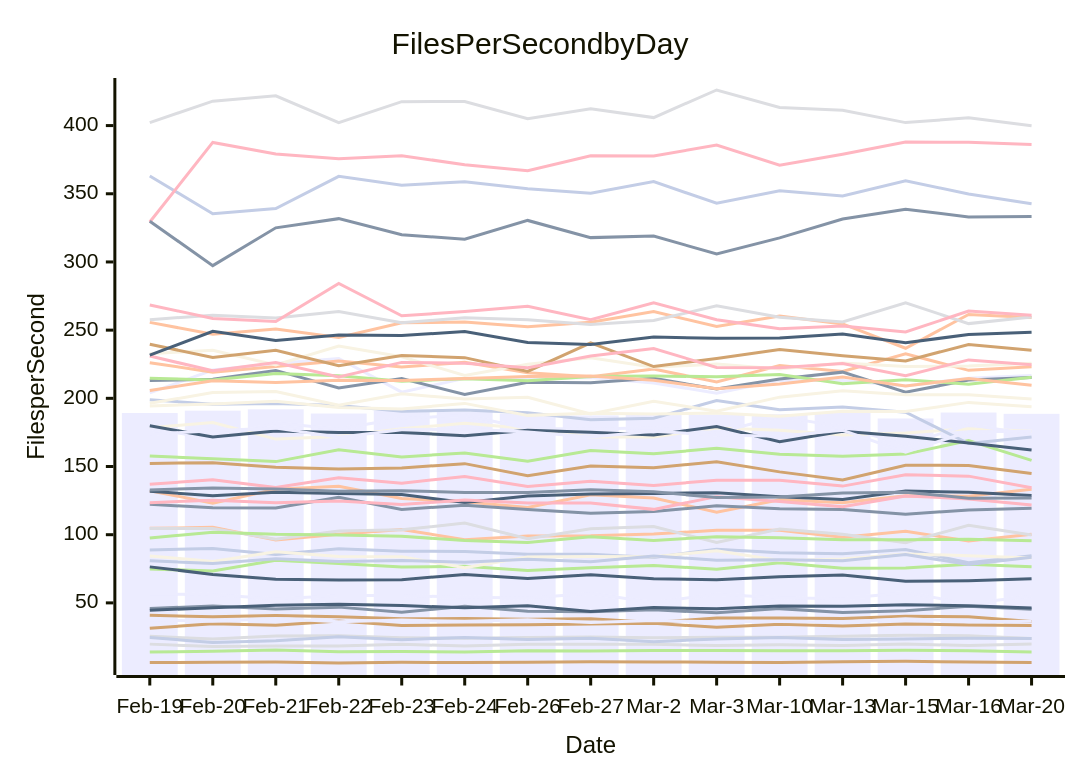
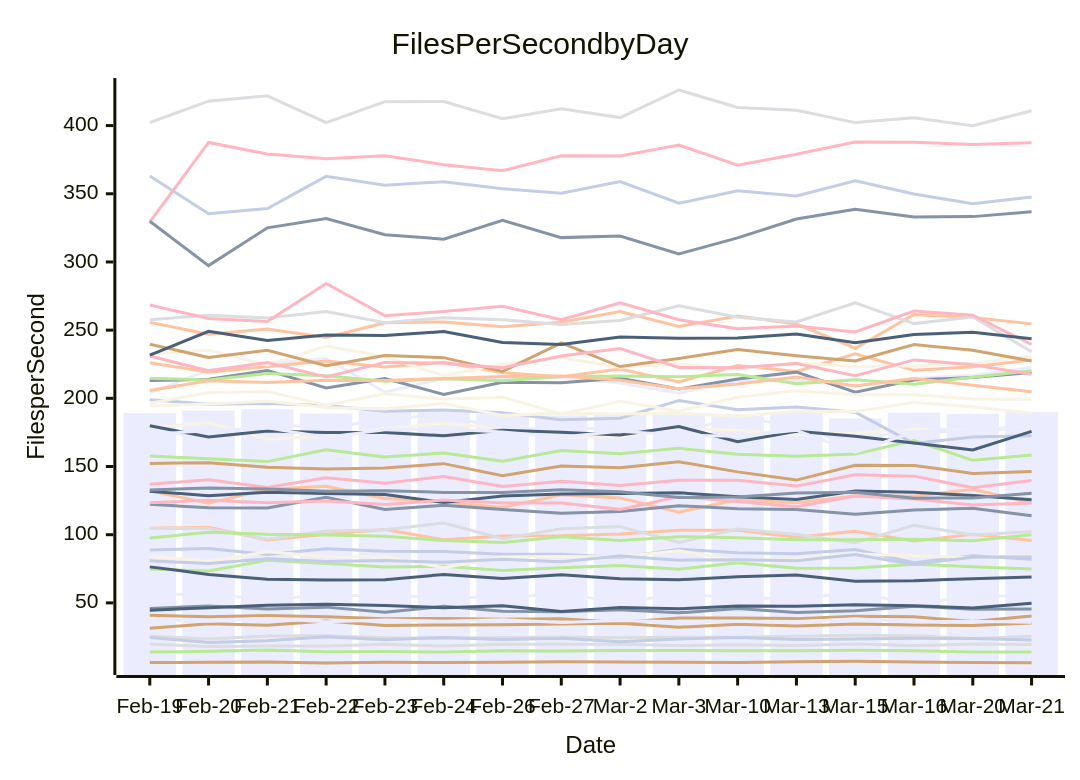
The diagram in perf-report.md (streetsidesoftware/cspell), drawn with Mermaid before and after one commit. The commit also changed other lines of this file and 2 other files, not shown here.

````diff
--- a/perf-report.md
+++ b/perf-report.md
@@ -11,57 +11,57 @@
 ```mermaid
 xychart-beta
     title Files Per Second by Day
     y-axis Files per Second
-    x-axis Date [Feb-19, Feb-20, Feb-21, Feb-22, Feb-23, Feb-24, Feb-26, Feb-27, Mar-2, Mar-3, Mar-10, Mar-13, Mar-15, Mar-16, Mar-20]
-    bar [189.21, 190.95, 191.93, 188.84, 190.95, 190.14, 188.86, 187.47, 189.15, 187.99, 188.38, 189.98, 185.21, 189.57, 188.63]
-    line [45.95, 47.66, 45.50, 46.89, 43.13, 47.48, 43.86, 43.58, 44.95, 42.68, 45.79, 43.00, 44.30, 47.55, 45.42]
-    line [132.26, 123.16, 133.27, 135.57, 126.55, 124.20, 119.96, 129.35, 126.96, 116.50, 125.61, 123.50, 128.64, 128.22, 133.34]
-    line [19.76, 18.01, 18.46, 18.38, 19.68, 18.34, 19.60, 19.60, 19.63, 18.78, 19.22, 18.67, 19.78, 18.71, 19.79]
-    line [74.92, 73.32, 81.29, 78.95, 76.37, 76.80, 73.75, 75.77, 77.40, 74.68, 79.36, 75.39, 75.58, 78.40, 76.58]
-    line [6.24, 6.45, 6.67, 5.92, 6.38, 6.30, 6.44, 6.78, 6.62, 6.55, 6.32, 6.79, 7.12, 6.59, 6.35]
-    line [88.86, 89.95, 85.47, 89.64, 87.93, 87.72, 85.68, 85.69, 83.26, 89.40, 86.73, 86.09, 89.20, 79.46, 84.64]
-    line [136.95, 140.26, 134.61, 141.79, 137.76, 142.75, 135.42, 139.26, 136.06, 139.99, 140.01, 135.63, 143.93, 142.95, 134.36]
-    line [131.86, 128.62, 131.04, 130.26, 129.44, 123.58, 128.31, 129.87, 130.27, 130.71, 127.81, 125.76, 132.01, 131.14, 128.67]
-    line [84.44, 80.37, 87.47, 84.08, 83.91, 75.76, 83.59, 84.08, 83.89, 88.30, 81.02, 82.11, 85.90, 84.63, 82.99]
-    line [203.99, 220.72, 225.56, 229.20, 204.56, 214.62, 214.22, 215.21, 211.23, 203.79, 213.30, 213.00, 209.05, 214.75, 216.78]
-    line [122.32, 119.71, 119.61, 127.43, 118.55, 121.57, 118.53, 115.70, 116.93, 121.24, 118.95, 118.40, 114.99, 118.14, 119.47]
-    line [226.10, 219.20, 223.30, 227.37, 223.02, 226.36, 218.81, 215.75, 221.50, 212.02, 224.11, 219.75, 232.68, 220.52, 223.12]
-    line [25.52, 23.53, 25.65, 25.87, 24.49, 24.03, 24.62, 25.06, 24.45, 24.76, 24.74, 25.60, 26.18, 25.98, 23.83]
-    line [157.72, 155.61, 153.59, 162.30, 157.06, 159.96, 153.79, 161.66, 159.28, 163.36, 159.01, 157.48, 159.10, 169.05, 154.54]
-    line [40.89, 39.79, 40.82, 39.75, 38.29, 38.55, 38.02, 38.35, 35.65, 38.90, 38.99, 38.46, 40.13, 39.77, 36.42]
-    line [363.00, 335.36, 339.22, 362.80, 356.26, 358.85, 353.61, 350.32, 358.90, 343.06, 352.21, 348.39, 359.59, 349.81, 342.75]
-    line [329.33, 387.65, 379.15, 375.70, 377.89, 371.33, 366.95, 377.92, 377.66, 385.69, 370.91, 378.91, 387.90, 387.80, 386.06]
-    line [76.41, 70.89, 67.31, 66.82, 66.94, 70.88, 67.89, 70.56, 67.78, 66.98, 69.18, 70.51, 65.83, 66.30, 67.73]
-    line [232.74, 235.31, 224.47, 238.32, 230.44, 216.76, 225.02, 229.69, 222.82, 225.14, 221.56, 225.82, 223.33, 223.62, 225.78]
-    line [56.33, 56.16, 52.87, 55.45, 55.44, 54.09, 53.55, 56.91, 50.34, 56.33, 53.77, 52.96, 57.64, 49.40, 55.01]
-    line [329.84, 297.30, 325.03, 331.76, 320.00, 316.72, 330.45, 317.84, 319.02, 305.87, 317.67, 331.44, 338.69, 332.97, 333.24]
-    line [255.70, 246.95, 250.90, 244.70, 255.35, 256.03, 252.54, 255.82, 263.63, 252.65, 260.43, 254.55, 236.73, 261.47, 259.22]
-    line [257.67, 260.94, 258.83, 263.71, 255.40, 259.16, 257.65, 254.22, 257.02, 267.92, 259.39, 256.02, 269.97, 254.79, 259.65]
-    line [14.06, 14.46, 15.41, 14.08, 14.28, 13.96, 14.98, 14.69, 15.09, 15.05, 14.93, 14.92, 15.23, 14.84, 14.06]
-    line [31.35, 34.71, 33.66, 36.75, 33.50, 33.75, 33.98, 34.43, 34.99, 32.10, 34.36, 33.03, 34.53, 33.80, 33.49]
-    line [80.83, 78.91, 82.42, 80.37, 81.15, 79.72, 81.93, 80.10, 84.29, 81.35, 81.66, 80.93, 85.41, 78.19, 83.51]
-    line [123.51, 125.30, 123.36, 124.67, 122.06, 125.40, 123.31, 123.27, 118.58, 127.90, 124.38, 120.45, 128.40, 126.26, 121.85]
-    line [44.67, 46.36, 48.18, 49.05, 48.06, 46.41, 47.91, 43.77, 46.60, 45.68, 47.70, 47.47, 48.64, 47.90, 46.22]
-    line [178.51, 182.28, 170.09, 171.99, 177.77, 181.65, 177.93, 171.71, 171.61, 178.31, 176.56, 173.19, 174.63, 177.66, 175.92]
-    line [178.13, 170.26, 181.98, 177.56, 185.31, 187.50, 177.93, 177.54, 178.41, 174.58, 186.65, 179.06, 166.05, 180.55, 173.75]
-    line [213.09, 213.97, 220.46, 207.58, 214.51, 202.85, 211.79, 211.44, 214.66, 206.78, 214.22, 219.20, 204.44, 213.42, 215.32]
-    line [104.64, 105.41, 96.15, 100.38, 103.85, 96.33, 99.09, 99.19, 100.48, 103.18, 103.33, 98.05, 102.55, 95.32, 100.34]
-    line [104.57, 104.52, 96.66, 102.79, 103.56, 108.60, 97.11, 104.32, 106.04, 94.30, 104.19, 100.36, 94.07, 106.95, 99.82]
-    line [214.67, 213.49, 218.19, 216.61, 212.54, 214.33, 212.86, 215.99, 216.40, 215.81, 217.40, 210.64, 213.63, 210.38, 215.44]
-    line [239.70, 229.90, 235.21, 223.87, 231.37, 229.84, 219.75, 240.64, 223.28, 229.19, 235.85, 231.18, 227.46, 239.47, 235.22]
-    line [198.97, 195.69, 196.29, 194.82, 190.50, 191.36, 189.34, 184.31, 185.47, 198.42, 191.68, 193.62, 189.84, 166.89, 171.60]
-    line [231.02, 220.24, 226.17, 215.58, 226.36, 225.70, 222.46, 230.96, 236.51, 222.64, 222.38, 225.56, 216.60, 228.18, 224.68]
-    line [179.91, 171.61, 176.10, 175.03, 175.02, 172.48, 176.50, 175.06, 173.05, 179.29, 168.17, 175.84, 172.23, 167.20, 162.09]
-    line [194.32, 195.93, 197.80, 193.32, 192.22, 196.28, 187.50, 189.10, 188.54, 189.19, 186.81, 190.52, 190.26, 197.02, 193.75]
-    line [37.40, 36.62, 38.51, 36.10, 37.37, 36.52, 37.66, 35.60, 37.02, 36.08, 36.38, 35.91, 38.37, 36.25, 36.61]
-    line [132.77, 134.30, 133.46, 131.83, 132.27, 131.01, 131.00, 133.00, 131.45, 127.22, 127.60, 130.54, 131.20, 126.76, 126.98]
-    line [205.73, 212.95, 211.55, 213.31, 213.15, 214.61, 215.98, 216.39, 213.20, 207.00, 210.46, 215.67, 209.05, 214.60, 209.59]
-    line [402.21, 417.90, 421.85, 402.15, 417.55, 417.69, 405.05, 412.32, 405.86, 426.09, 413.29, 411.20, 402.18, 405.65, 399.88]
-    line [97.51, 101.87, 100.27, 99.76, 98.90, 95.69, 94.30, 98.50, 95.82, 98.55, 97.82, 96.22, 96.21, 96.60, 95.61]
-    line [152.26, 152.78, 149.55, 148.15, 148.90, 152.11, 143.30, 150.41, 149.07, 153.47, 146.06, 140.05, 150.95, 150.81, 144.94]
-    line [24.64, 20.92, 22.32, 25.16, 23.04, 24.66, 23.19, 24.07, 21.50, 23.56, 24.56, 23.16, 23.57, 24.07, 23.83]
-    line [268.41, 258.56, 256.27, 284.25, 260.54, 263.62, 267.57, 257.62, 270.01, 257.62, 250.97, 253.10, 248.68, 263.99, 260.91]
-    line [231.62, 249.13, 242.45, 246.48, 246.10, 248.98, 240.98, 239.52, 244.96, 243.99, 244.22, 247.23, 240.74, 246.80, 248.37]
-    line [196.35, 204.19, 205.00, 194.87, 203.28, 199.45, 200.84, 188.59, 197.81, 190.62, 200.86, 205.50, 202.63, 202.69, 199.56]
-    line [173.68, 176.25, 178.32, 171.39, 176.96, 177.51, 175.27, 171.69, 175.82, 173.02, 172.27, 176.52, 160.55, 175.49, 175.91]
+    x-axis Date [Feb-19, Feb-20, Feb-21, Feb-22, Feb-23, Feb-24, Feb-26, Feb-27, Mar-2, Mar-3, Mar-10, Mar-13, Mar-15, Mar-16, Mar-20, Mar-21]
+    bar [189.21, 190.95, 191.93, 188.84, 190.95, 190.14, 188.86, 187.47, 189.15, 187.99, 188.38, 189.98, 185.21, 189.57, 188.63, 189.87]
+    line [45.95, 47.66, 45.50, 46.89, 43.13, 47.48, 43.86, 43.58, 44.95, 42.68, 45.79, 43.00, 44.30, 47.55, 45.42, 45.55]
+    line [132.26, 123.16, 133.27, 135.57, 126.55, 124.20, 119.96, 129.35, 126.96, 116.50, 125.61, 123.50, 128.64, 128.22, 133.34, 123.28]
+    line [19.76, 18.01, 18.46, 18.38, 19.68, 18.34, 19.60, 19.60, 19.63, 18.78, 19.22, 18.67, 19.78, 18.71, 19.79, 19.47]
+    line [74.92, 73.32, 81.29, 78.95, 76.37, 76.80, 73.75, 75.77, 77.40, 74.68, 79.36, 75.39, 75.58, 78.40, 76.58, 74.92]
+    line [6.24, 6.45, 6.67, 5.92, 6.38, 6.30, 6.44, 6.78, 6.62, 6.55, 6.32, 6.79, 7.12, 6.59, 6.35, 6.19]
+    line [88.86, 89.95, 85.47, 89.64, 87.93, 87.72, 85.68, 85.69, 83.26, 89.40, 86.73, 86.09, 89.20, 79.46, 84.64, 82.02]
+    line [136.95, 140.26, 134.61, 141.79, 137.76, 142.75, 135.42, 139.26, 136.06, 139.99, 140.01, 135.63, 143.93, 142.95, 134.36, 139.82]
+    line [131.86, 128.62, 131.04, 130.26, 129.44, 123.58, 128.31, 129.87, 130.27, 130.71, 127.81, 125.76, 132.01, 131.14, 128.67, 125.67]
+    line [84.44, 80.37, 87.47, 84.08, 83.91, 75.76, 83.59, 84.08, 83.89, 88.30, 81.02, 82.11, 85.90, 84.63, 82.99, 84.87]
+    line [203.99, 220.72, 225.56, 229.20, 204.56, 214.62, 214.22, 215.21, 211.23, 203.79, 213.30, 213.00, 209.05, 214.75, 216.78, 222.67]
+    line [122.32, 119.71, 119.61, 127.43, 118.55, 121.57, 118.53, 115.70, 116.93, 121.24, 118.95, 118.40, 114.99, 118.14, 119.47, 113.95]
+    line [226.10, 219.20, 223.30, 227.37, 223.02, 226.36, 218.81, 215.75, 221.50, 212.02, 224.11, 219.75, 232.68, 220.52, 223.12, 228.15]
+    line [25.52, 23.53, 25.65, 25.87, 24.49, 24.03, 24.62, 25.06, 24.45, 24.76, 24.74, 25.60, 26.18, 25.98, 23.83, 25.61]
+    line [157.72, 155.61, 153.59, 162.30, 157.06, 159.96, 153.79, 161.66, 159.28, 163.36, 159.01, 157.48, 159.10, 169.05, 154.54, 158.47]
+    line [40.89, 39.79, 40.82, 39.75, 38.29, 38.55, 38.02, 38.35, 35.65, 38.90, 38.99, 38.46, 40.13, 39.77, 36.42, 40.38]
+    line [363.00, 335.36, 339.22, 362.80, 356.26, 358.85, 353.61, 350.32, 358.90, 343.06, 352.21, 348.39, 359.59, 349.81, 342.75, 347.71]
+    line [329.33, 387.65, 379.15, 375.70, 377.89, 371.33, 366.95, 377.92, 377.66, 385.69, 370.91, 378.91, 387.90, 387.80, 386.06, 387.41]
+    line [76.41, 70.89, 67.31, 66.82, 66.94, 70.88, 67.89, 70.56, 67.78, 66.98, 69.18, 70.51, 65.83, 66.30, 67.73, 68.98]
+    line [232.74, 235.31, 224.47, 238.32, 230.44, 216.76, 225.02, 229.69, 222.82, 225.14, 221.56, 225.82, 223.33, 223.62, 225.78, 230.86]
+    line [56.33, 56.16, 52.87, 55.45, 55.44, 54.09, 53.55, 56.91, 50.34, 56.33, 53.77, 52.96, 57.64, 49.40, 55.01, 55.07]
+    line [329.84, 297.30, 325.03, 331.76, 320.00, 316.72, 330.45, 317.84, 319.02, 305.87, 317.67, 331.44, 338.69, 332.97, 333.24, 336.87]
+    line [255.70, 246.95, 250.90, 244.70, 255.35, 256.03, 252.54, 255.82, 263.63, 252.65, 260.43, 254.55, 236.73, 261.47, 259.22, 254.59]
+    line [257.67, 260.94, 258.83, 263.71, 255.40, 259.16, 257.65, 254.22, 257.02, 267.92, 259.39, 256.02, 269.97, 254.79, 259.65, 234.19]
+    line [14.06, 14.46, 15.41, 14.08, 14.28, 13.96, 14.98, 14.69, 15.09, 15.05, 14.93, 14.92, 15.23, 14.84, 14.06, 13.99]
+    line [31.35, 34.71, 33.66, 36.75, 33.50, 33.75, 33.98, 34.43, 34.99, 32.10, 34.36, 33.03, 34.53, 33.80, 33.49, 35.23]
+    line [80.83, 78.91, 82.42, 80.37, 81.15, 79.72, 81.93, 80.10, 84.29, 81.35, 81.66, 80.93, 85.41, 78.19, 83.51, 83.81]
+    line [123.51, 125.30, 123.36, 124.67, 122.06, 125.40, 123.31, 123.27, 118.58, 127.90, 124.38, 120.45, 128.40, 126.26, 121.85, 123.29]
+    line [44.67, 46.36, 48.18, 49.05, 48.06, 46.41, 47.91, 43.77, 46.60, 45.68, 47.70, 47.47, 48.64, 47.90, 46.22, 49.72]
+    line [178.51, 182.28, 170.09, 171.99, 177.77, 181.65, 177.93, 171.71, 171.61, 178.31, 176.56, 173.19, 174.63, 177.66, 175.92, 178.79]
+    line [178.13, 170.26, 181.98, 177.56, 185.31, 187.50, 177.93, 177.54, 178.41, 174.58, 186.65, 179.06, 166.05, 180.55, 173.75, 182.92]
+    line [213.09, 213.97, 220.46, 207.58, 214.51, 202.85, 211.79, 211.44, 214.66, 206.78, 214.22, 219.20, 204.44, 213.42, 215.32, 218.95]
+    line [104.64, 105.41, 96.15, 100.38, 103.85, 96.33, 99.09, 99.19, 100.48, 103.18, 103.33, 98.05, 102.55, 95.32, 100.34, 95.68]
+    line [104.57, 104.52, 96.66, 102.79, 103.56, 108.60, 97.11, 104.32, 106.04, 94.30, 104.19, 100.36, 94.07, 106.95, 99.82, 102.15]
+    line [214.67, 213.49, 218.19, 216.61, 212.54, 214.33, 212.86, 215.99, 216.40, 215.81, 217.40, 210.64, 213.63, 210.38, 215.44, 220.20]
+    line [239.70, 229.90, 235.21, 223.87, 231.37, 229.84, 219.75, 240.64, 223.28, 229.19, 235.85, 231.18, 227.46, 239.47, 235.22, 227.41]
+    line [198.97, 195.69, 196.29, 194.82, 190.50, 191.36, 189.34, 184.31, 185.47, 198.42, 191.68, 193.62, 189.84, 166.89, 171.60, 172.56]
+    line [231.02, 220.24, 226.17, 215.58, 226.36, 225.70, 222.46, 230.96, 236.51, 222.64, 222.38, 225.56, 216.60, 228.18, 224.68, 217.69]
+    line [179.91, 171.61, 176.10, 175.03, 175.02, 172.48, 176.50, 175.06, 173.05, 179.29, 168.17, 175.84, 172.23, 167.20, 162.09, 175.73]
+    line [194.32, 195.93, 197.80, 193.32, 192.22, 196.28, 187.50, 189.10, 188.54, 189.19, 186.81, 190.52, 190.26, 197.02, 193.75, 189.15]
+    line [37.40, 36.62, 38.51, 36.10, 37.37, 36.52, 37.66, 35.60, 37.02, 36.08, 36.38, 35.91, 38.37, 36.25, 36.61, 35.87]
+    line [132.77, 134.30, 133.46, 131.83, 132.27, 131.01, 131.00, 133.00, 131.45, 127.22, 127.60, 130.54, 131.20, 126.76, 126.98, 130.36]
+    line [205.73, 212.95, 211.55, 213.31, 213.15, 214.61, 215.98, 216.39, 213.20, 207.00, 210.46, 215.67, 209.05, 214.60, 209.59, 204.82]
+    line [402.21, 417.90, 421.85, 402.15, 417.55, 417.69, 405.05, 412.32, 405.86, 426.09, 413.29, 411.20, 402.18, 405.65, 399.88, 410.92]
+    line [97.51, 101.87, 100.27, 99.76, 98.90, 95.69, 94.30, 98.50, 95.82, 98.55, 97.82, 96.22, 96.21, 96.60, 95.61, 100.00]
+    line [152.26, 152.78, 149.55, 148.15, 148.90, 152.11, 143.30, 150.41, 149.07, 153.47, 146.06, 140.05, 150.95, 150.81, 144.94, 146.39]
+    line [24.64, 20.92, 22.32, 25.16, 23.04, 24.66, 23.19, 24.07, 21.50, 23.56, 24.56, 23.16, 23.57, 24.07, 23.83, 22.72]
+    line [268.41, 258.56, 256.27, 284.25, 260.54, 263.62, 267.57, 257.62, 270.01, 257.62, 250.97, 253.10, 248.68, 263.99, 260.91, 239.46]
+    line [231.62, 249.13, 242.45, 246.48, 246.10, 248.98, 240.98, 239.52, 244.96, 243.99, 244.22, 247.23, 240.74, 246.80, 248.37, 243.77]
+    line [196.35, 204.19, 205.00, 194.87, 203.28, 199.45, 200.84, 188.59, 197.81, 190.62, 200.86, 205.50, 202.63, 202.69, 199.56, 199.40]
+    line [173.68, 176.25, 178.32, 171.39, 176.96, 177.51, 175.27, 171.69, 175.82, 173.02, 172.27, 176.52, 160.55, 175.49, 175.91, 178.24]
 ```
````
